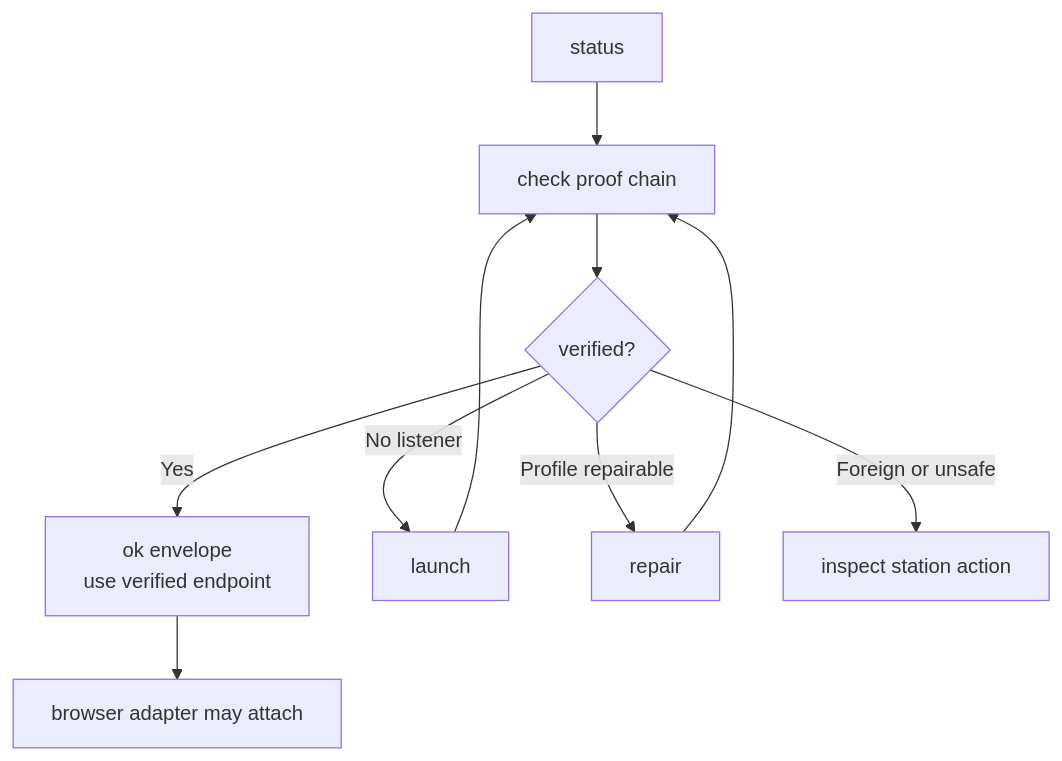
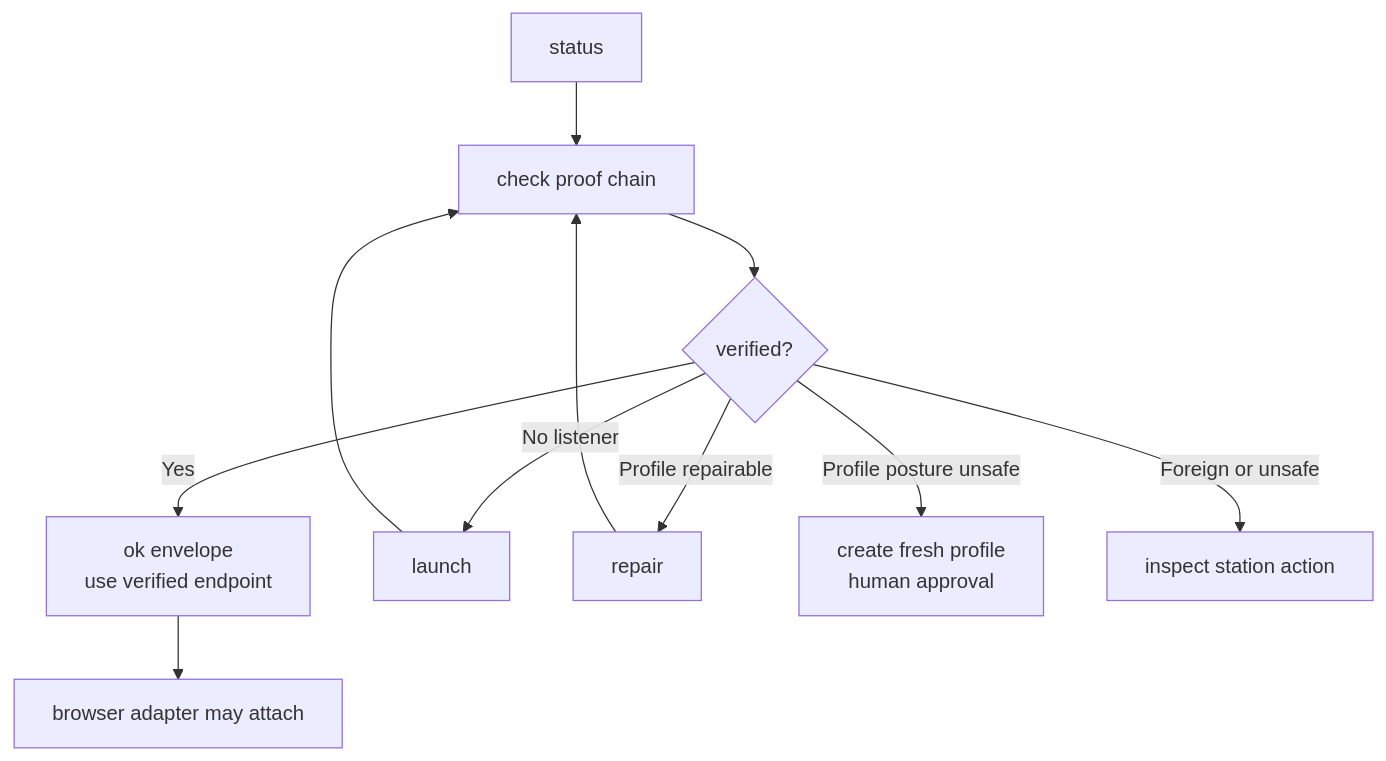
The diagram in runtime/warm-chrome/README.md (nathanvale/claude-code-config), drawn with Mermaid before and after one commit. The commit also changed other lines of this file and 25 other files, not shown here.

Commit message:
feat(warm-chrome): prove credential-clean profile posture

````diff
--- a/runtime/warm-chrome/README.md
+++ b/runtime/warm-chrome/README.md
@@ -52,12 +55,13 @@
 ```mermaid
 flowchart TD
   Status["status"] --> Check["check proof chain"]
   Check --> Verified{"verified?"}
   Verified -- "Yes" --> Endpoint["ok envelope<br/>use verified endpoint"]
   Verified -- "No listener" --> Launch["launch"]
   Verified -- "Profile repairable" --> Repair["repair"]
+  Verified -- "Profile posture unsafe" --> Fresh["create fresh profile<br/>human approval"]
   Verified -- "Foreign or unsafe" --> Inspect["inspect station action"]
   Launch --> Check
   Repair --> Check
   Endpoint --> Adapter["browser adapter may attach"]
 ```
````
